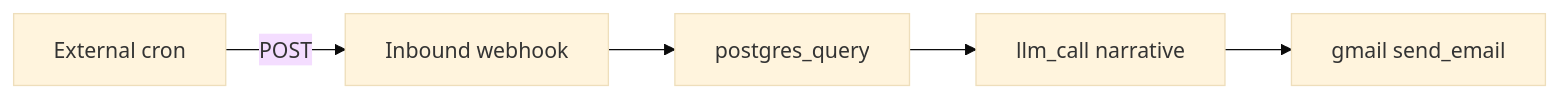
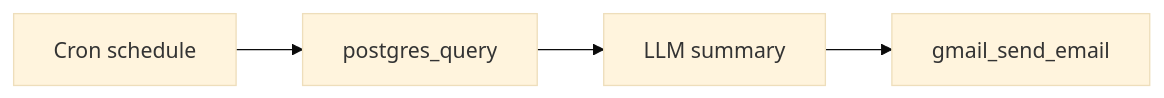
One commit to agentruntime-io/agentruntime-docs changed the diagram in guides/scheduled-postgres-gmail-report.mdx. Above: the diagram before and after it, drawn with Mermaid (base theme). The commit also changed other lines of this file and 180 other files, not shown here.

````diff
--- a/guides/scheduled-postgres-gmail-report.mdx
+++ b/guides/scheduled-postgres-gmail-report.mdx
@@ -10,7 +10,6 @@
 ```mermaid
 flowchart LR
-  Cron[External cron] -->|POST| WH[Inbound webhook]
-  WH --> Query[postgres_query]
-  Query --> LLM[llm_call narrative]
-  LLM --> Email[gmail send_email]
+  Cron[Cron schedule] --> Query[postgres_query]
+  Query --> LLM[LLM summary]
+  LLM --> Email[gmail_send_email]
 ```
````
